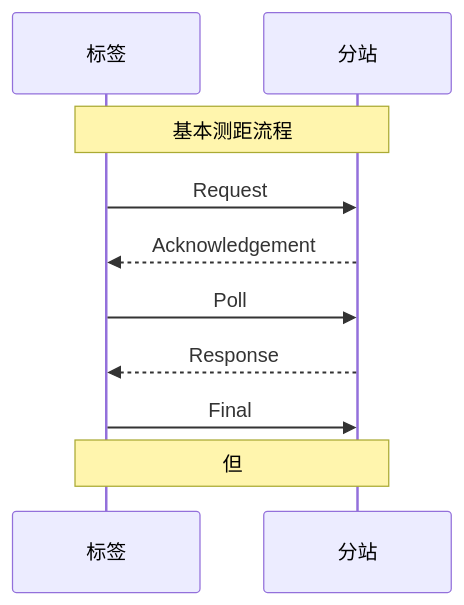
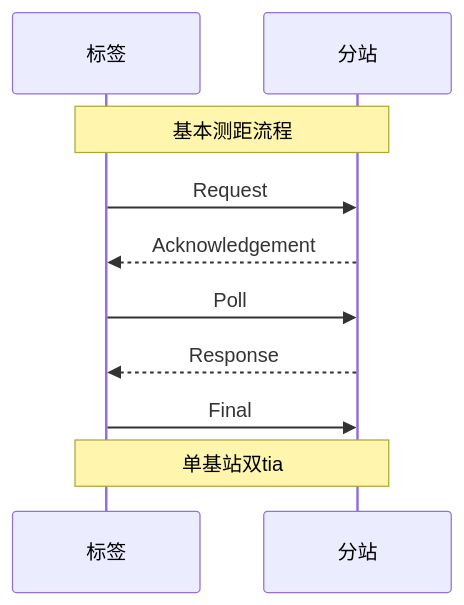
The diagram in all/未命名.md (geek-zhao/iodraw-files), drawn with Mermaid before and after one commit.

Commit message:
2024-08-17 14:04:03 update

````diff
--- a/all/未命名.md
+++ b/all/未命名.md
@@ -1,15 +1,15 @@
 ```mermaid
 sequenceDiagram
     participant tag as 标签
     participant anchor as 分站
 
     Note over tag,anchor: 基本测距流程
 
     tag->>anchor: Request
     anchor-->>tag: Acknowledgement
     tag->>anchor: Poll
     anchor-->>tag: Response
     tag->>anchor: Final       
 
-    Note over tag,anchor: 但
+    Note over tag,anchor: 单基站双tia
 ```
````
